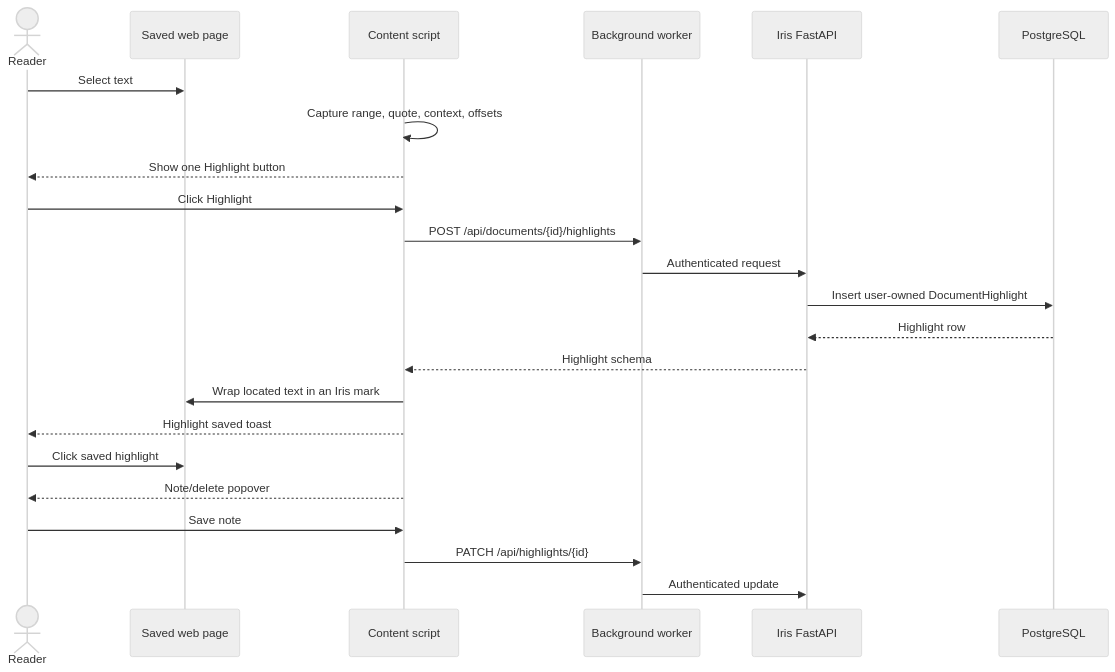
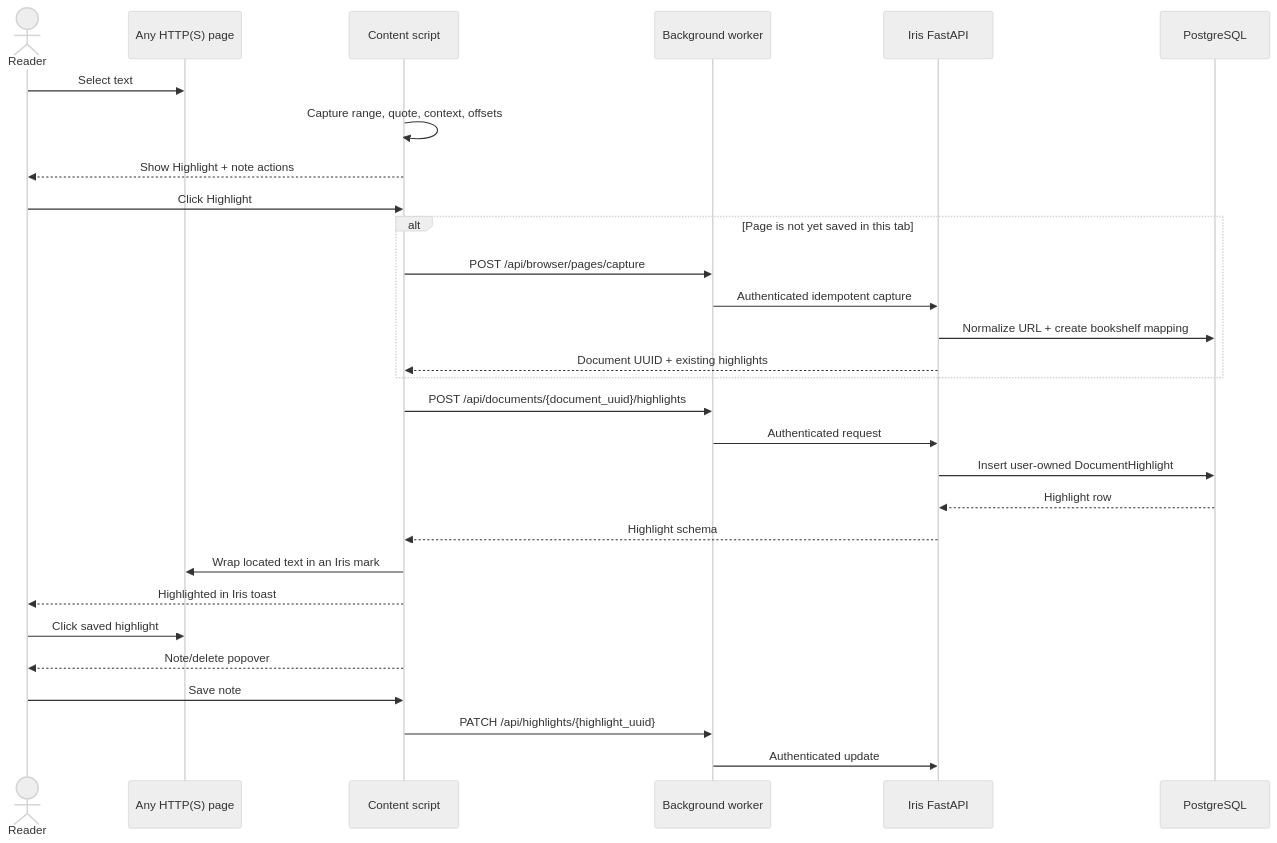
One commit to jdai1/iris changed the fifth of 8 diagrams in docs/browser-extension-architecture.md. Above: the diagram before and after it, drawn with Mermaid (neutral theme). The commit also changed other lines of this file and 59 other files, not shown here.

````diff
--- a/docs/browser-extension-architecture.md
+++ b/docs/browser-extension-architecture.md
@@ -222,26 +221,32 @@
 ```mermaid
 sequenceDiagram
     actor Reader
-    participant Page as Saved web page
+    participant Page as Any HTTP(S) page
     participant Content as Content script
     participant Worker as Background worker
     participant API as Iris FastAPI
     participant DB as PostgreSQL
 
     Reader->>Page: Select text
     Content->>Content: Capture range, quote, context, offsets
-    Content-->>Reader: Show one Highlight button
+    Content-->>Reader: Show Highlight + note actions
     Reader->>Content: Click Highlight
-    Content->>Worker: POST /api/documents/{id}/highlights
+    alt Page is not yet saved in this tab
+        Content->>Worker: POST /api/browser/pages/capture
+        Worker->>API: Authenticated idempotent capture
+        API->>DB: Normalize URL + create bookshelf mapping
+        API-->>Content: Document UUID + existing highlights
+    end
+    Content->>Worker: POST /api/documents/{document_uuid}/highlights
     Worker->>API: Authenticated request
     API->>DB: Insert user-owned DocumentHighlight
     DB-->>API: Highlight row
     API-->>Content: Highlight schema
     Content->>Page: Wrap located text in an Iris mark
-    Content-->>Reader: Highlight saved toast
+    Content-->>Reader: Highlighted in Iris toast
     Reader->>Page: Click saved highlight
     Content-->>Reader: Note/delete popover
     Reader->>Content: Save note
-    Content->>Worker: PATCH /api/highlights/{id}
+    Content->>Worker: PATCH /api/highlights/{highlight_uuid}
     Worker->>API: Authenticated update
 ```
````
